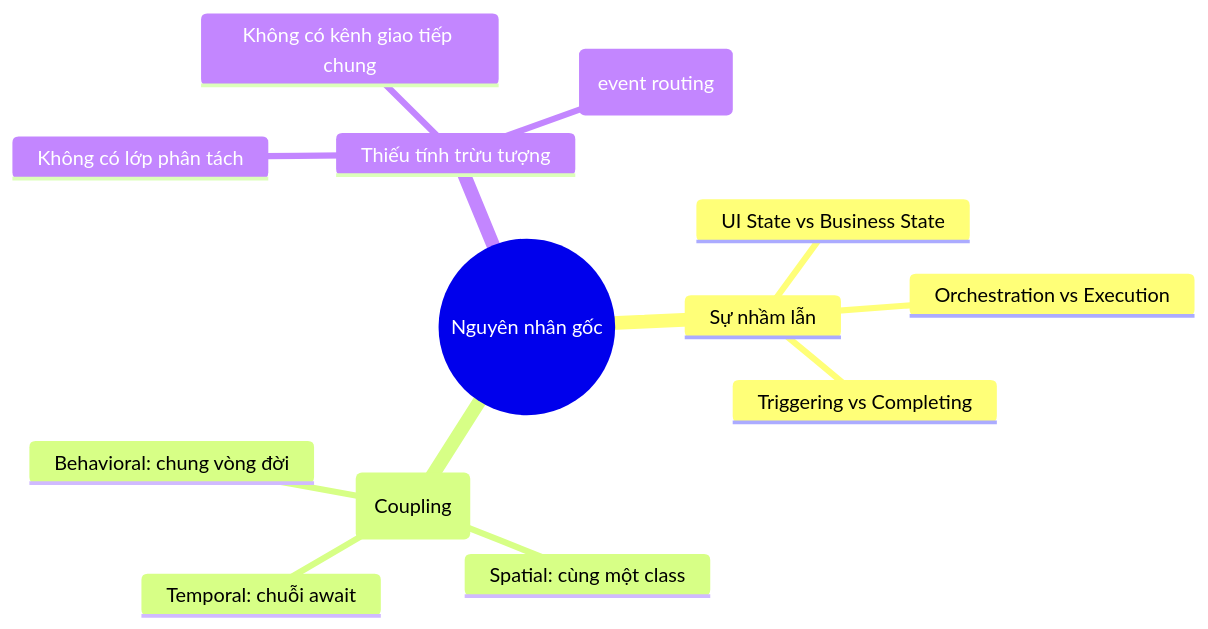
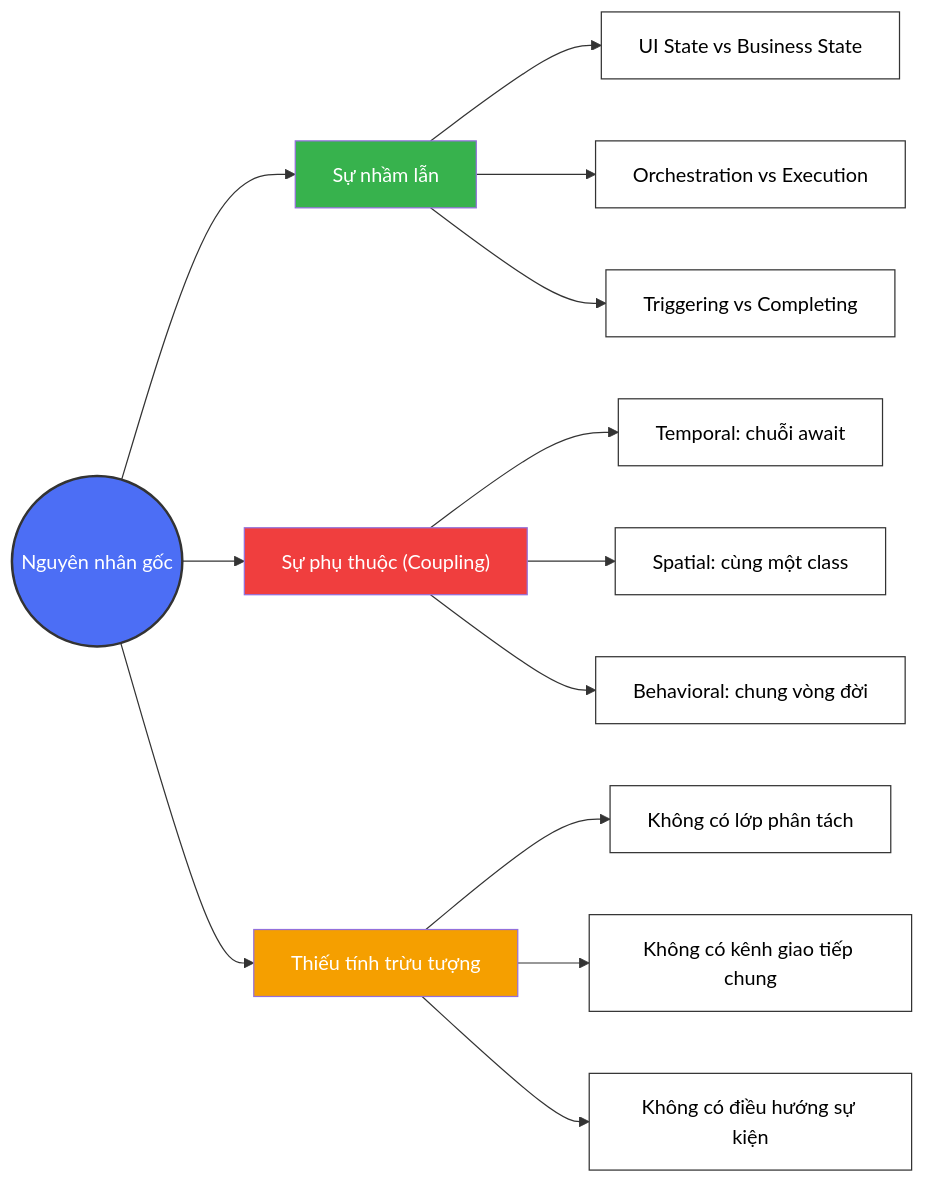
Before and after one commit to lploc94/flutter_orchestrator: the fifth of 6 diagrams in book/vi/chapters/01_the_pain.md, drawn with Mermaid. The commit also changed 7 other files, not shown here.

First line of the commit message:
docs: use styled graphs instead of mindmaps

````diff
--- a/book/vi/chapters/01_the_pain.md
+++ b/book/vi/chapters/01_the_pain.md
@@ -156,16 +156,36 @@
 ```mermaid
-mindmap
-  root((Nguyên nhân gốc))
-    Sự nhầm lẫn
-      UI State vs Business State
-      Orchestration vs Execution
-      Triggering vs Completing
-    Sự phụ thuộc (Coupling)
-      Temporal: chuỗi await
-      Spatial: cùng một class
-      Behavioral: chung vòng đời
-    Thiếu tính trừu tượng
-      Không có lớp phân tách
-      Không có kênh giao tiếp chung
-      Không có điều hướng sự kiện (event routing)
+graph LR
+    Root((Nguyên nhân gốc))
+    
+    Root --> Confusion["Sự nhầm lẫn"]
+    Confusion --> C1["UI State vs Business State"]
+    Confusion --> C2["Orchestration vs Execution"]
+    Confusion --> C3["Triggering vs Completing"]
+    
+    Root --> Coupling["Sự phụ thuộc (Coupling)"]
+    Coupling --> Cp1["Temporal: chuỗi await"]
+    Coupling --> Cp2["Spatial: cùng một class"]
+    Coupling --> Cp3["Behavioral: chung vòng đời"]
+    
+    Root --> Missing["Thiếu tính trừu tượng"]
+    Missing --> M1["Không có lớp phân tách"]
+    Missing --> M2["Không có kênh giao tiếp chung"]
+    Missing --> M3["Không có điều hướng sự kiện"]
+    
+    style Root fill:#4c6ef5,stroke:#333,stroke-width:2px,color:#fff
+    style Confusion fill:#37b24d,color:#fff
+    style Coupling fill:#f03e3e,color:#fff
+    style Missing fill:#f59f00,color:#fff
+    
+    style C1 fill:#fff,stroke:#333,color:#000
+    style C2 fill:#fff,stroke:#333,color:#000
+    style C3 fill:#fff,stroke:#333,color:#000
+    
+    style Cp1 fill:#fff,stroke:#333,color:#000
+    style Cp2 fill:#fff,stroke:#333,color:#000
+    style Cp3 fill:#fff,stroke:#333,color:#000
+    
+    style M1 fill:#fff,stroke:#333,color:#000
+    style M2 fill:#fff,stroke:#333,color:#000
+    style M3 fill:#fff,stroke:#333,color:#000
 ```
````
